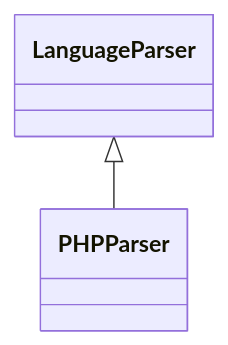
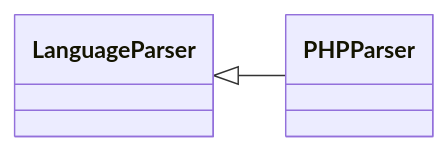
The diagram in readmenator-apidocs/modules/readmenator.parsers._php.py.md (grisuno/ReadMenator), drawn with Mermaid before and after one commit. The commit also changed 224 other files, not shown here.

Commit message:
new diagrams :D

````diff
--- a/readmenator-apidocs/modules/readmenator.parsers._php.py.md
+++ b/readmenator-apidocs/modules/readmenator.parsers._php.py.md
@@ -13,6 +13,7 @@
 ```mermaid
 classDiagram
+    direction LR
     class PHPParser
     class LanguageParser
     LanguageParser <|-- PHPParser
 ```
````
